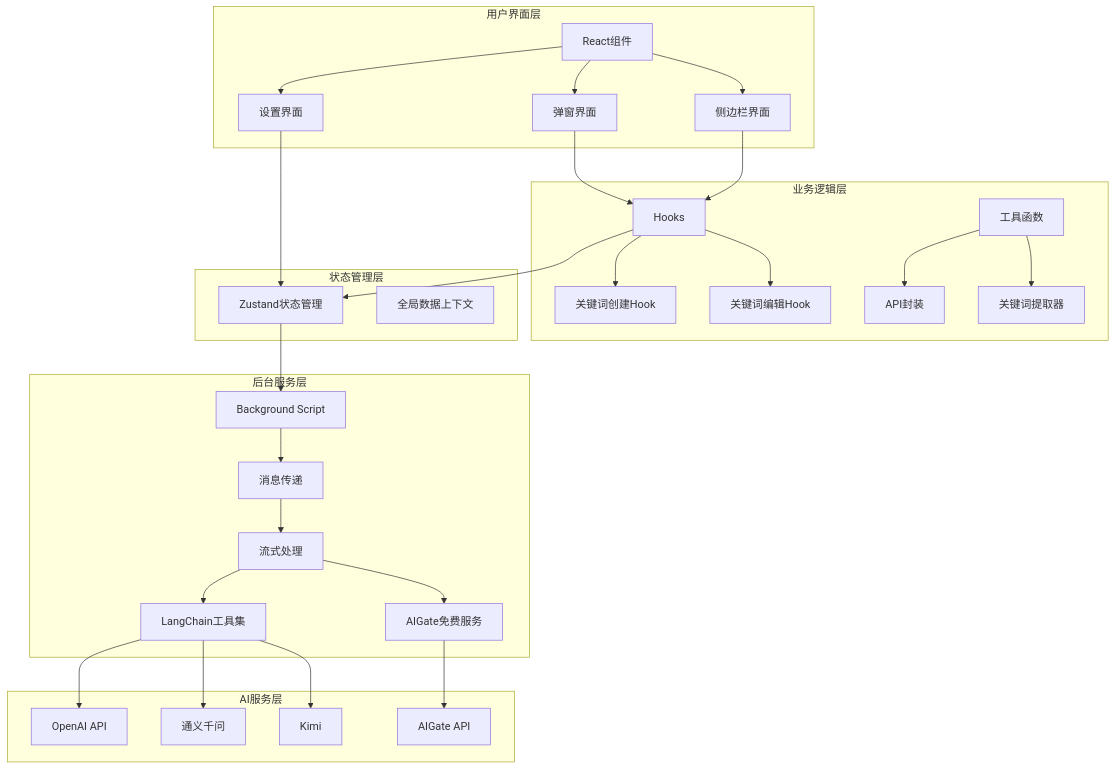
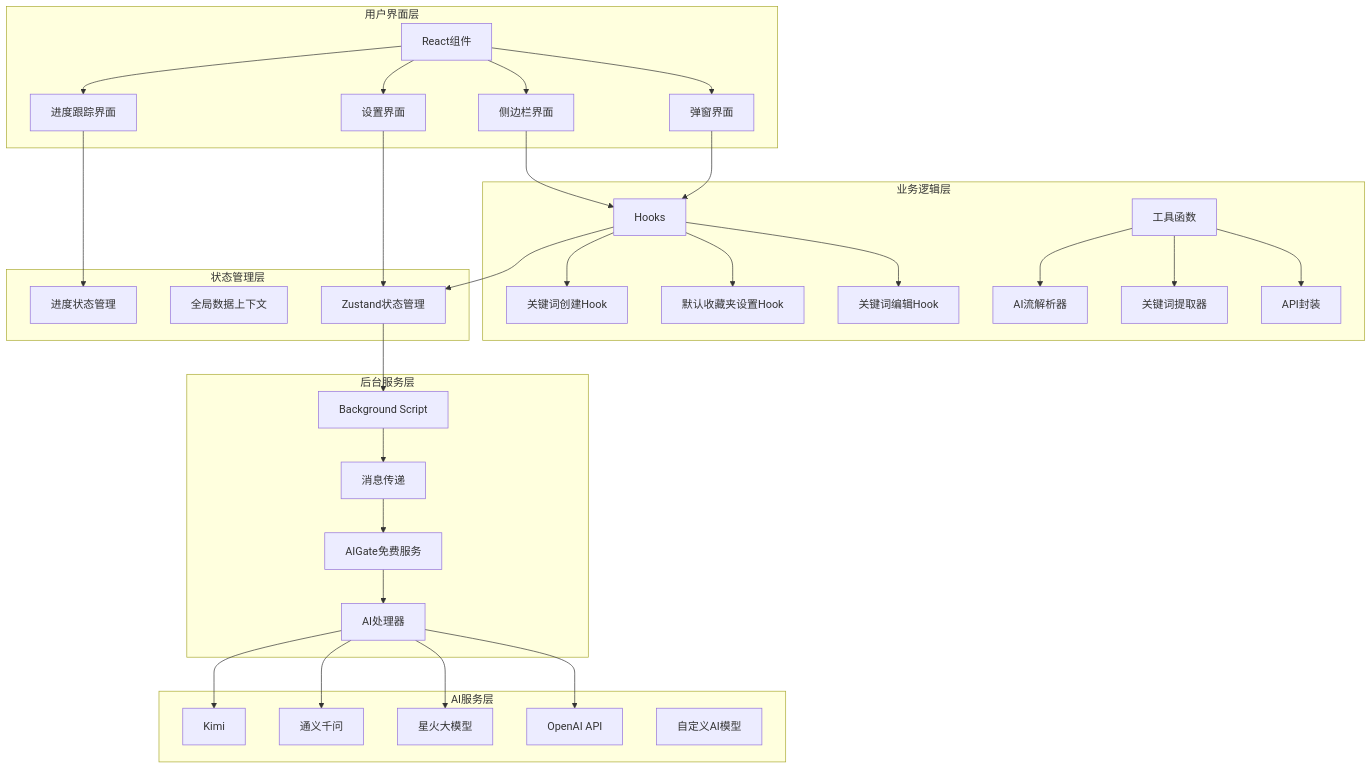
The second of 11 diagrams in .qoder/repowiki/zh/content/核心功能模块/AI关键词提取系统.md (RadiumAg/bilibili-favorites), drawn with Mermaid before and after one commit. The commit also changed other lines of this file and 27 other files, not shown here.

````diff
--- a/.qoder/repowiki/zh/content/核心功能模块/AI关键词提取系统.md
+++ b/.qoder/repowiki/zh/content/核心功能模块/AI关键词提取系统.md
@@ -159,44 +154,48 @@
 ```mermaid
 graph TB
 subgraph "用户界面层"
 UI[React组件] --> Popup[弹窗界面]
 UI --> SidePanel[侧边栏界面]
 UI --> Options[设置界面]
+UI --> Progress[进度跟踪界面]
 end
 subgraph "业务逻辑层"
-Hook[Hooks] --> CreateKeyword[关键词创建Hook]
-Hook --> EditKeyword[关键词编辑Hook]
+Hook[Hooks] --> EditKeyword[关键词编辑Hook]
+Hook --> SetDefaultFav[默认收藏夹设置Hook]
+Hook --> CreateKeyword[关键词创建Hook]
 Utils[工具函数] --> API[API封装]
 Utils --> Extractor[关键词提取器]
+Utils --> StreamParser[AI流解析器]
 end
 subgraph "状态管理层"
 Store[Zustand状态管理]
 GlobalData[全局数据上下文]
+ProgressState[进度状态管理]
 end
 subgraph "后台服务层"
 Background[Background Script]
 Message[消息传递]
-Stream[流式处理]
 AIGate[AIGate免费服务]
-LangChain[LangChain工具集]
+AIProcessor[AI处理器]
 end
 subgraph "AI服务层"
 OpenAI[OpenAI API]
+Spark[星火大模型]
 Qwen[通义千问]
 Kimi[Kimi]
-AIGateAPI[AIGate API]
+Custom[自定义AI模型]
 end
 Popup --> Hook
 SidePanel --> Hook
 Options --> Store
+Progress --> ProgressState
 Hook --> Store
 Store --> Background
 Background --> Message
-Message --> Stream
-Stream --> AIGate
-Stream --> LangChain
-LangChain --> OpenAI
-LangChain --> Qwen
-LangChain --> Kimi
-AIGate --> AIGateAPI
+Message --> AIGate
+AIGate --> AIProcessor
+AIProcessor --> OpenAI
+AIProcessor --> Spark
+AIProcessor --> Qwen
+AIProcessor --> Kimi
 ```
````
